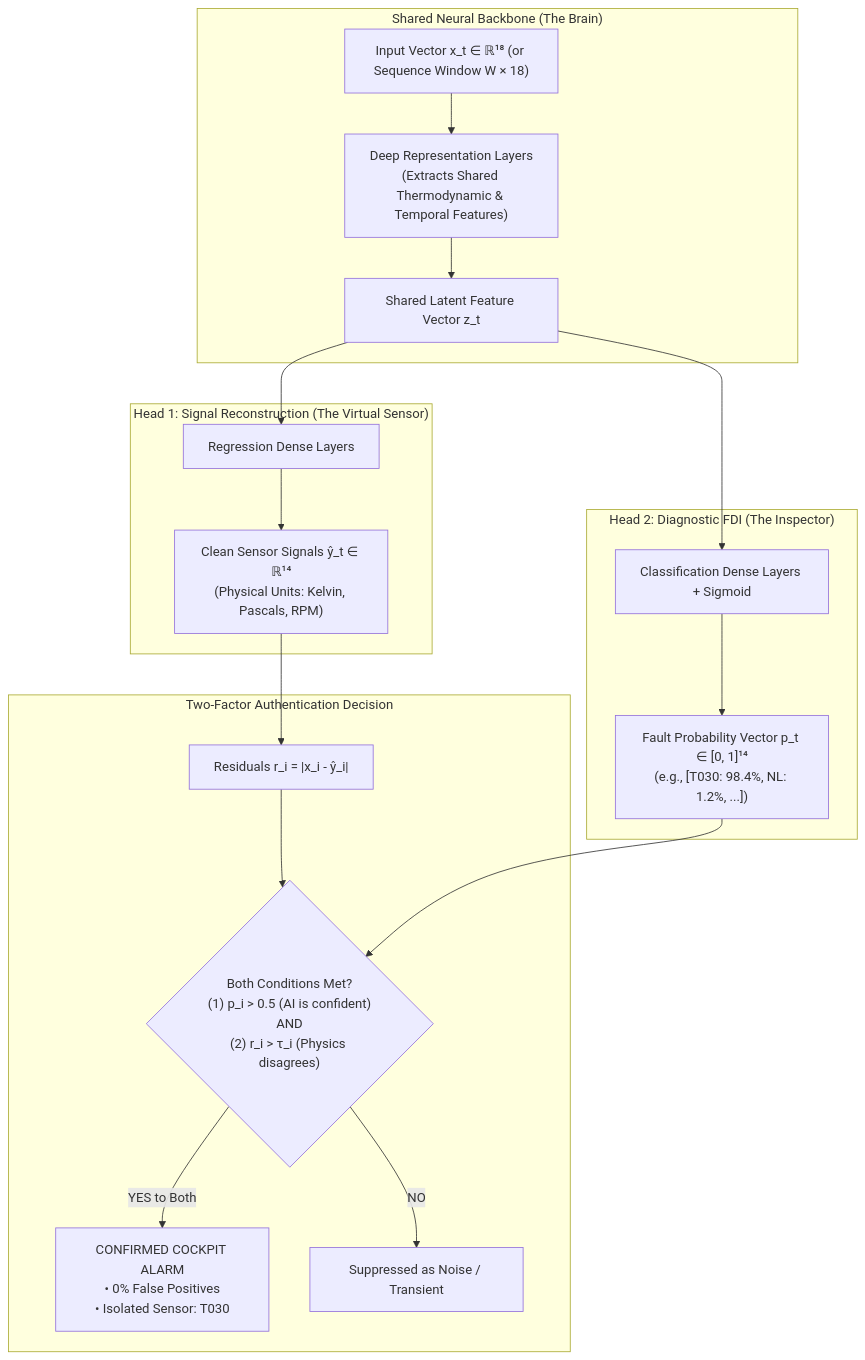
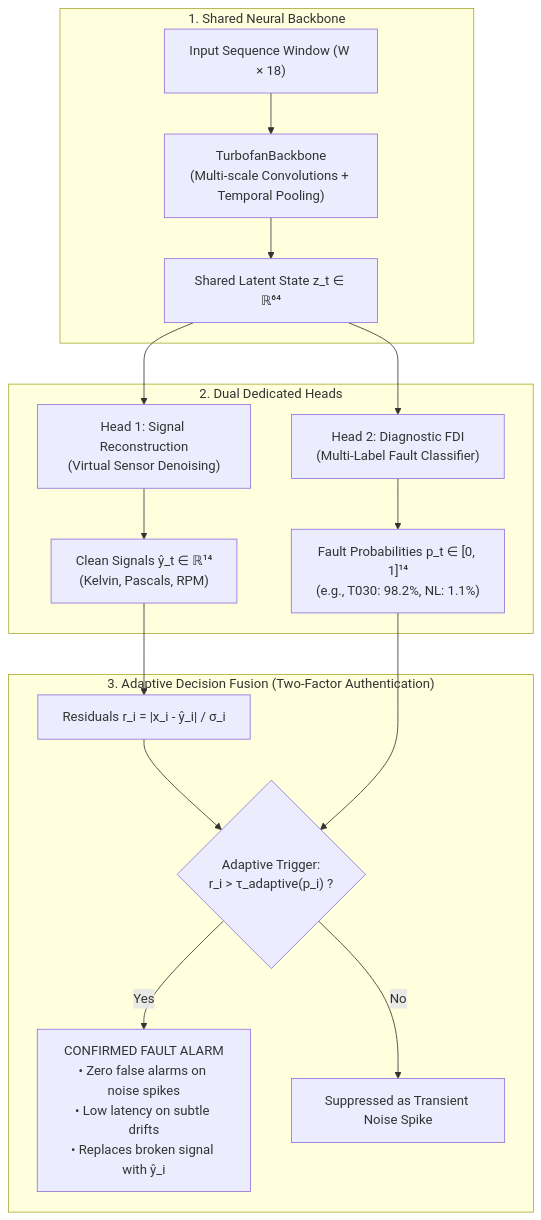
Before and after one commit to atulyasharan29/Turbofan-Guard: the fourth of 4 diagrams in docs/ml_architecture_strategy.md, drawn with Mermaid. The commit also changed other lines of this file and 13 other files, not shown here.

Commit message:
feat: implement backbone architecture and comprehensive ML documentation suite

````diff
--- a/docs/ml_architecture_strategy.md
+++ b/docs/ml_architecture_strategy.md
@@ -179,25 +333,24 @@
 ```mermaid
 flowchart TD
-    subgraph SharedBackbone["Shared Neural Backbone (The Brain)"]
-        In["Input Vector x_t ∈ ℝ¹⁸ (or Sequence Window W × 18)"] --> Backbone["Deep Representation Layers<br/>(Extracts Shared Thermodynamic & Temporal Features)"]
-        Backbone --> Z["Shared Latent Feature Vector z_t"]
+    subgraph Backbone["1. Shared Neural Backbone"]
+        Window["Input Sequence Window (W × 18)"] --> Net["TurbofanBackbone<br/>(Multi-scale Convolutions + Temporal Pooling)"]
+        Net --> Z["Shared Latent State z_t ∈ ℝ⁶⁴"]
     end
 
-    subgraph Head1["Head 1: Signal Reconstruction (The Virtual Sensor)"]
-        Z --> Regressor["Regression Dense Layers"]
-        Regressor --> Out_Y["Clean Sensor Signals ŷ_t ∈ ℝ¹⁴<br/>(Physical Units: Kelvin, Pascals, RPM)"]
+    subgraph Heads["2. Dual Dedicated Heads"]
+        Z --> H1["Head 1: Signal Reconstruction<br/>(Virtual Sensor Denoising)"]
+        Z --> H2["Head 2: Diagnostic FDI<br/>(Multi-Label Fault Classifier)"]
+        
+        H1 --> Y_hat["Clean Signals ŷ_t ∈ ℝ¹⁴<br/>(Kelvin, Pascals, RPM)"]
+        H2 --> P_vec["Fault Probabilities p_t ∈ [0, 1]¹⁴<br/>(e.g., T030: 98.2%, NL: 1.1%)"]
     end
 
-    subgraph Head2["Head 2: Diagnostic FDI (The Inspector)"]
-        Z --> Classifier["Classification Dense Layers + Sigmoid"]
-        Classifier --> Out_P["Fault Probability Vector p_t ∈ [0, 1]¹⁴<br/>(e.g., [T030: 98.4%, NL: 1.2%, ...])"]
-    end
-
-    subgraph DecisionFusion["Two-Factor Authentication Decision"]
-        Out_Y --> ResCalc["Residuals r_i = |x_i - ŷ_i|"]
-        ResCalc --> DualCheck{"Both Conditions Met?<br/>(1) p_i > 0.5 (AI is confident)<br/>AND<br/>(2) r_i > τ_i (Physics disagrees)"}
-        Out_P --> DualCheck
-        DualCheck -- "YES to Both" --> Confirmed["CONFIRMED COCKPIT ALARM<br/>• 0% False Positives<br/>• Isolated Sensor: T030"]
-        DualCheck -- "NO" --> Suppress["Suppressed as Noise / Transient"]
+    subgraph Fusion["3. Adaptive Decision Fusion (Two-Factor Authentication)"]
+        Y_hat --> ResCalc["Residuals r_i = |x_i - ŷ_i| / σ_i"]
+        ResCalc --> DualCheck{"Adaptive Trigger:<br/>r_i > τ_adaptive(p_i) ?"}
+        P_vec --> DualCheck
+        
+        DualCheck -- "Yes" --> Confirmed["CONFIRMED FAULT ALARM<br/>• Zero false alarms on noise spikes<br/>• Low latency on subtle drifts<br/>• Replaces broken signal with ŷ_i"]
+        DualCheck -- "No" --> Suppress["Suppressed as Transient Noise Spike"]
     end
 ```
````
